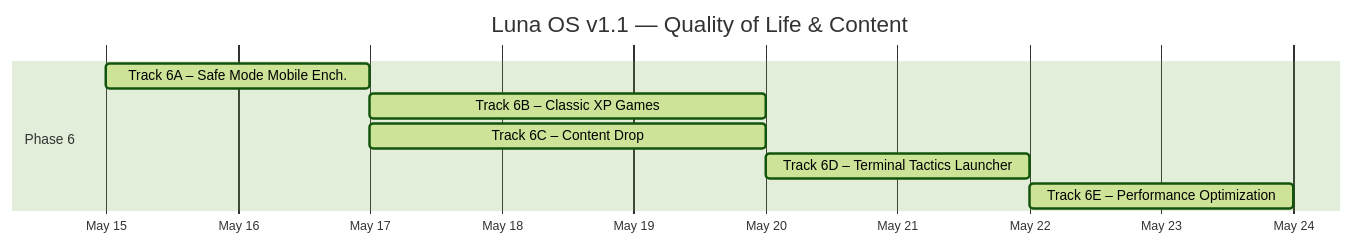
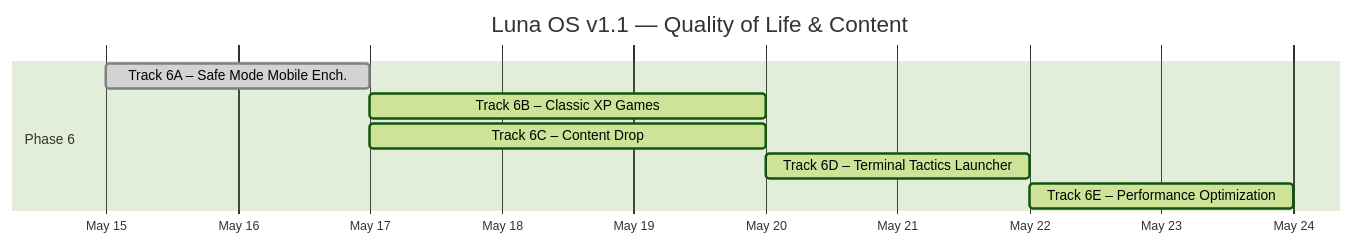
Before and after one commit to mansyar/portfolio-v3: the first of 2 diagrams in docs/ROADMAP_v1.1.md, drawn with Mermaid (forest theme). The commit also changed other lines of this file and 3 other files, not shown here.

First line of the commit message:
docs: Update PRD, ROADMAP, and tech-stack with Safe Mode Mobile Enhancement completion

````diff
--- a/docs/ROADMAP_v1.1.md
+++ b/docs/ROADMAP_v1.1.md
@@ -11,13 +11,13 @@
 ```mermaid
 gantt
     title Luna OS v1.1 — Quality of Life & Content
     dateFormat  YYYY-MM-DD
     axisFormat  %b %d
 
     section Phase 6
-    Track 6A – Safe Mode Mobile Ench.   :active, p6a, 2026-05-15, 2d
+    Track 6A – Safe Mode Mobile Ench.   :done, p6a, 2026-05-15, 2d
     Track 6B – Classic XP Games          :active, p6b, after p6a, 3d
     Track 6C – Content Drop              :active, p6c, after p6a, 3d
     Track 6D – Terminal Tactics Launcher :active, p6d, after p6c, 2d
     Track 6E – Performance Optimization  :active, p6e, after p6d, 2d
 ```
````
